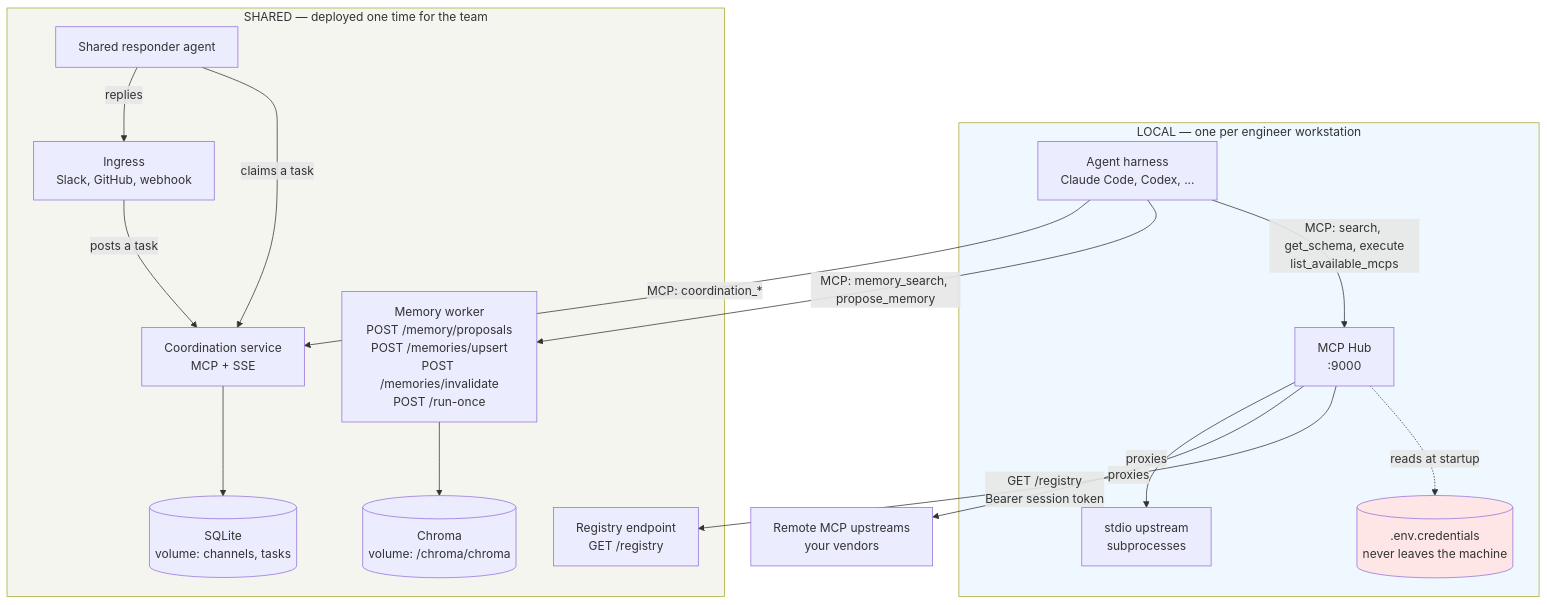
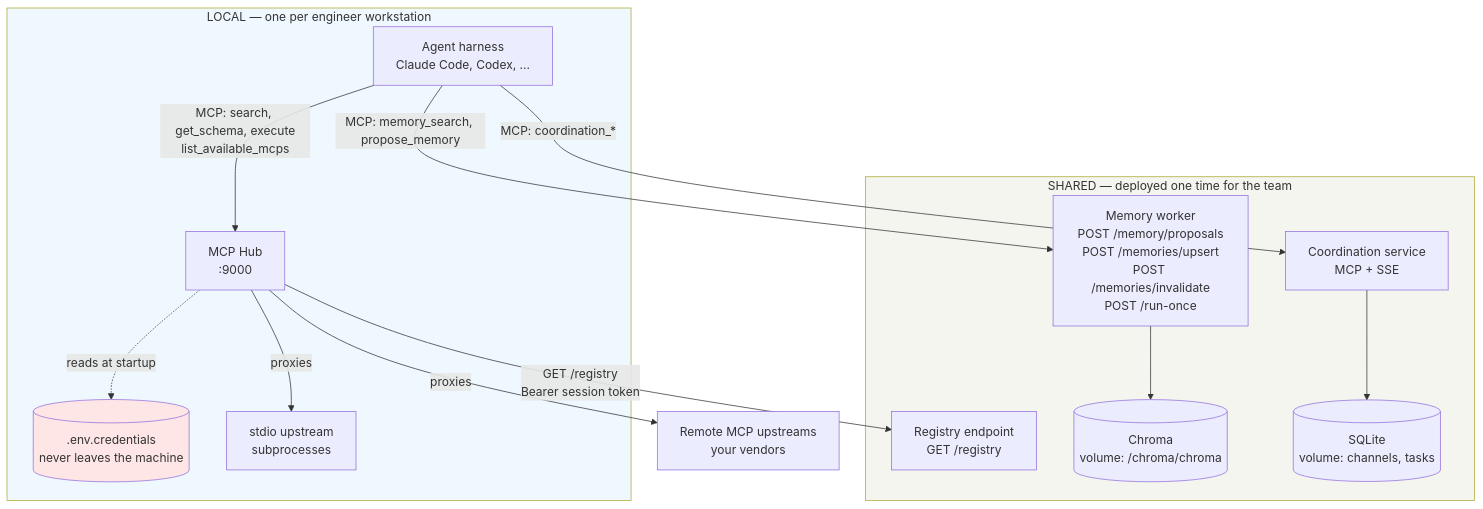
Before and after one commit to swiknaba/wagglebot: the diagram in docs/superpowers/specs/2026-08-28-wagglebot-design.md, drawn with Mermaid. The commit also changed other lines of this file and 5 other files, not shown here.

````diff
--- a/docs/superpowers/specs/2026-08-28-wagglebot-design.md
+++ b/docs/superpowers/specs/2026-08-28-wagglebot-design.md
@@ -142,40 +143,35 @@
 ```mermaid
 graph TB
     subgraph WS["LOCAL — one per engineer workstation"]
         AGENT["Agent harness<br/>Claude Code, Codex, ..."]
         HUB["MCP Hub<br/>:9000"]
         CREDS[(".env.credentials<br/>never leaves the machine")]
         STDIO["stdio upstream<br/>subprocesses"]
     end
 
     subgraph SH["SHARED — deployed one time for the team"]
         REG["Registry endpoint<br/>GET /registry"]
         MEM["Memory worker<br/>POST /memory/proposals<br/>POST /memories/upsert<br/>POST /memories/invalidate<br/>POST /run-once"]
         CHROMA[("Chroma<br/>volume: /chroma/chroma")]
         COORD["Coordination service<br/>MCP + SSE"]
         SQLITE[("SQLite<br/>volume: channels, tasks")]
-        ING["Ingress<br/>Slack, GitHub, webhook"]
-        RESP["Shared responder agent"]
     end
 
     REMOTE["Remote MCP upstreams<br/>your vendors"]
 
     AGENT -->|"MCP: search, get_schema, execute<br/>list_available_mcps"| HUB
     AGENT -->|"MCP: memory_search, propose_memory"| MEM
     AGENT -->|"MCP: coordination_*"| COORD
 
     HUB -.->|reads at startup| CREDS
     HUB -->|"GET /registry<br/>Bearer session token"| REG
     HUB -->|proxies| REMOTE
     HUB -->|proxies| STDIO
 
     MEM --> CHROMA
     COORD --> SQLITE
-    ING -->|posts a task| COORD
-    RESP -->|claims a task| COORD
-    RESP -->|replies| ING
 
     style CREDS fill:#ffe6e6
     style WS fill:#f0f8ff
     style SH fill:#f5f5f0
 ```
````
